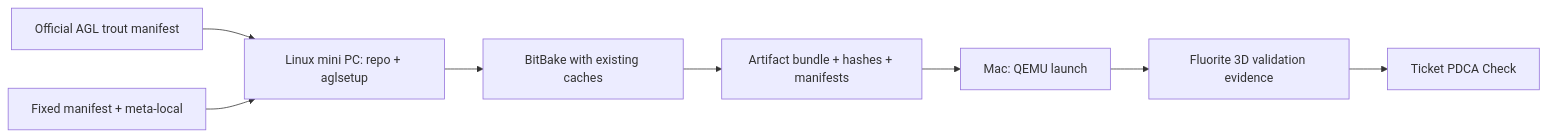
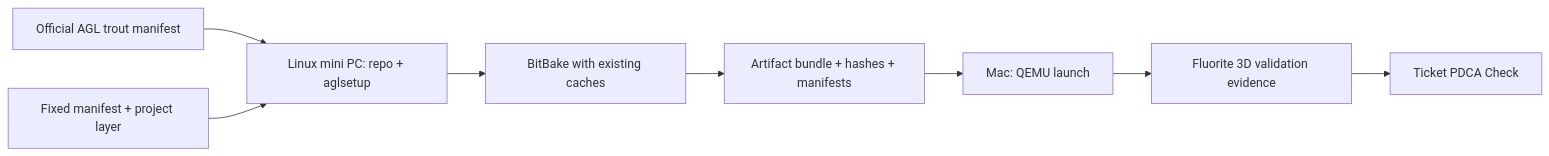
One commit to hattori-sat/meta-fluorite-trial changed the diagram in docs/agl-official-workflow.md. Above: the diagram before and after it, drawn with Mermaid. The commit also changed other lines of this file and 65 other files, not shown here.

Commit message:
refactor: rename project layer from meta-local

````diff
--- a/docs/agl-official-workflow.md
+++ b/docs/agl-official-workflow.md
@@ -12,10 +12,10 @@
 ```mermaid
 flowchart LR
     O["Official AGL trout manifest"] --> B["Linux mini PC: repo + aglsetup"]
-    F["Fixed manifest + meta-local"] --> B
+    F["Fixed manifest + project layer"] --> B
     B --> Y["BitBake with existing caches"]
     Y --> A["Artifact bundle + hashes + manifests"]
     A --> M["Mac: QEMU launch"]
     M --> V["Fluorite 3D validation evidence"]
     V --> P["Ticket PDCA Check"]
 ```
````
